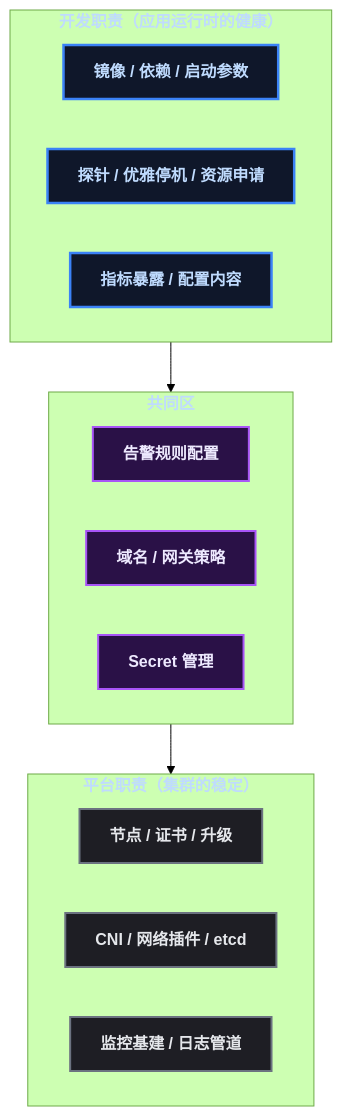
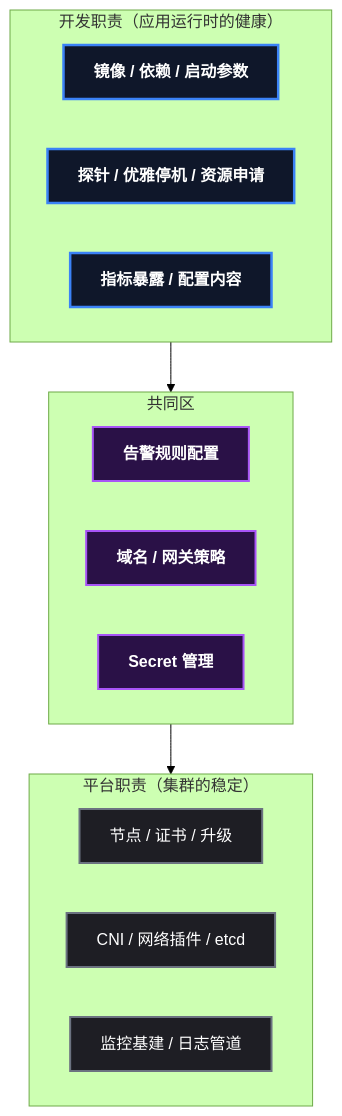
The second of 2 diagrams in content/posts/kubernetes/JavaDeveloperK8sChecklist.md (yaocat55/yaocat55.github.io), drawn with Mermaid (forest theme) before and after one commit. The commit also changed other lines of this file and 27 other files, not shown here.

Commit message:
docs: 全系列 93 张 Mermaid 图 classDef 改为 style 强制深底白字(修复部分渲染器白底浅字)+历史文件格式清理

````diff
--- a/content/posts/kubernetes/JavaDeveloperK8sChecklist.md
+++ b/content/posts/kubernetes/JavaDeveloperK8sChecklist.md
@@ -199,31 +199,32 @@
 ```mermaid
 %% 职责边界: 开发负责应用运行时的健康, 平台负责集群稳定, 中间是共同区
 flowchart TD
-    classDef root fill:#0f172a,stroke:#3b82f6,stroke-width:2.5px,color:#bfdbfe,font-weight:bold;
-    classDef process fill:#1e1e24,stroke:#6b7280,stroke-width:2px,color:#e5e7eb;
-    classDef data fill:#052e16,stroke:#16a34a,stroke-width:2px,color:#bbf7d0,font-weight:bold;
-    classDef condition fill:#2a1147,stroke:#a855f7,stroke-width:2px,color:#ede9fe,font-weight:bold;
 
     subgraph DEV["开发职责（应用运行时的健康）"]
         D1["镜像 / 依赖 / 启动参数"]
         D2["探针 / 优雅停机 / 资源申请"]
         D3["指标暴露 / 配置内容"]
     end
     subgraph OPS["平台职责（集群的稳定）"]
         O1["节点 / 证书 / 升级"]
         O2["CNI / 网络插件 / etcd"]
         O3["监控基建 / 日志管道"]
     end
     subgraph SHARED["共同区"]
         S1["告警规则配置"]
         S2["域名 / 网关策略"]
         S3["Secret 管理"]
     end
 
     DEV --> SHARED
     SHARED --> OPS
-
-    class D1,D2,D3 root;
-    class S1,S2,S3 condition;
-    class O1,O2,O3 process;
+    style D1 fill:#0f172a,stroke:#3b82f6,stroke-width:2.5px,color:#ffffff,font-weight:bold
+    style D2 fill:#0f172a,stroke:#3b82f6,stroke-width:2.5px,color:#ffffff,font-weight:bold
+    style D3 fill:#0f172a,stroke:#3b82f6,stroke-width:2.5px,color:#ffffff,font-weight:bold
+    style S1 fill:#2a1147,stroke:#a855f7,stroke-width:2px,color:#ffffff,font-weight:bold
+    style S2 fill:#2a1147,stroke:#a855f7,stroke-width:2px,color:#ffffff,font-weight:bold
+    style S3 fill:#2a1147,stroke:#a855f7,stroke-width:2px,color:#ffffff,font-weight:bold
+    style O1 fill:#1e1e24,stroke:#6b7280,stroke-width:2px,color:#ffffff
+    style O2 fill:#1e1e24,stroke:#6b7280,stroke-width:2px,color:#ffffff
+    style O3 fill:#1e1e24,stroke:#6b7280,stroke-width:2px,color:#ffffff
 ```
````
